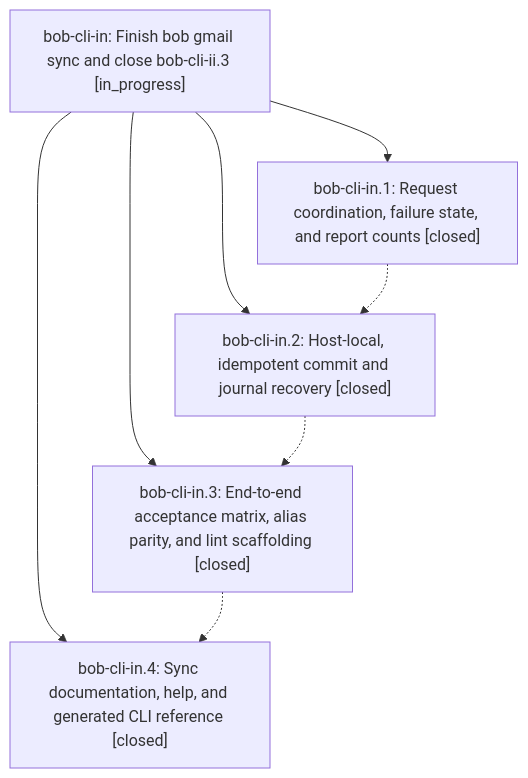
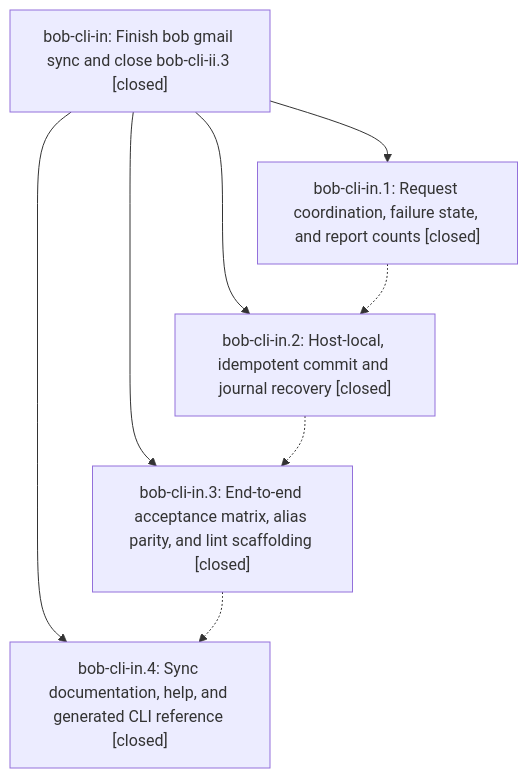
One commit to bobs-org/bob-cli--beads changed the diagram in pages/bob-cli-in/README.md. Above: the diagram before and after it, drawn with Mermaid. The commit also changed other lines of this file, not shown here.

First line of the commit message:
chore(beads): sync bead state and pages for bob-cli-in

````diff
--- a/pages/bob-cli-in/README.md
+++ b/pages/bob-cli-in/README.md
@@ -47,15 +49,15 @@
 ```mermaid
 flowchart TD
-    n0["bob-cli-in: Finish bob gmail sync and close bob-cli-ii.3 [in_progress]"]
+    n0["bob-cli-in: Finish bob gmail sync and close bob-cli-ii.3 [closed]"]
     n1["bob-cli-in.1: Request coordination, failure state, and report counts [closed]"]
     n2["bob-cli-in.2: Host-local, idempotent commit and journal recovery [closed]"]
     n3["bob-cli-in.3: End-to-end acceptance matrix, alias parity, and lint scaffolding [closed]"]
     n4["bob-cli-in.4: Sync documentation, help, and generated CLI reference [closed]"]
     n0 --> n1
     n0 --> n2
     n0 --> n3
     n0 --> n4
     n1 -.-> n2
     n2 -.-> n3
     n3 -.-> n4
 ```
````
